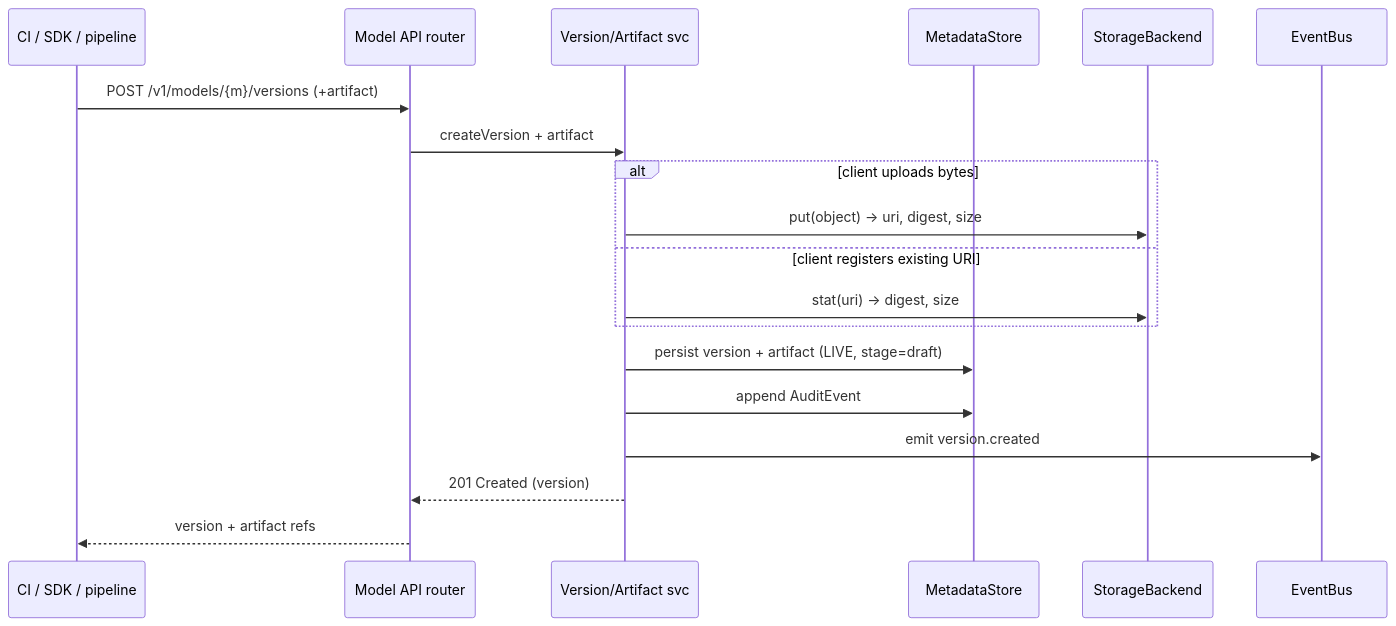
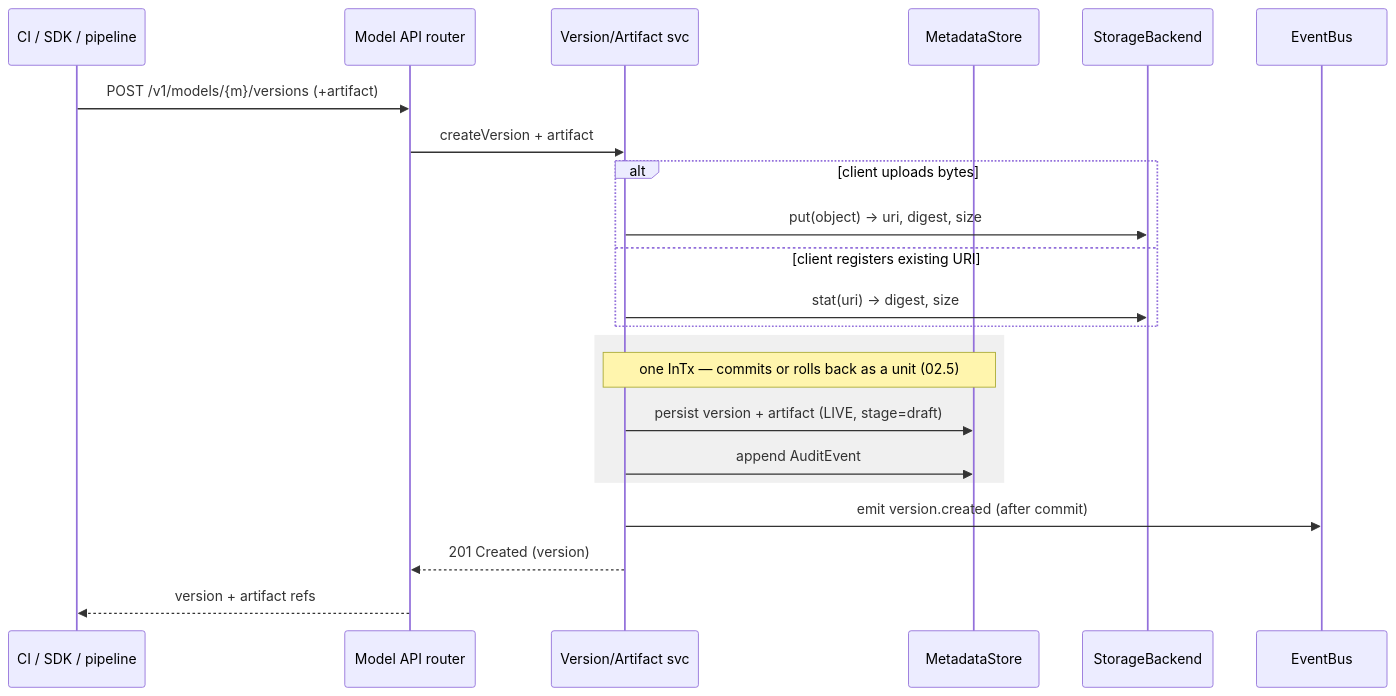
The second of 5 diagrams in docs/01-architecture-overview.md (proseria-research/lineage), drawn with Mermaid before and after one commit. The commit also changed other lines of this file and 5 other files, not shown here.

````diff
--- a/docs/01-architecture-overview.md
+++ b/docs/01-architecture-overview.md
@@ -102,22 +102,25 @@
 ```mermaid
 sequenceDiagram
     participant CI as CI / SDK / pipeline
     participant A as Model API router
     participant S as Version/Artifact svc
     participant DB as MetadataStore
     participant B as StorageBackend
     participant E as EventBus
 
     CI->>A: POST /v1/models/{m}/versions (+artifact)
     A->>S: createVersion + artifact
     alt client uploads bytes
         S->>B: put(object) → uri, digest, size
     else client registers existing URI
         S->>B: stat(uri) → digest, size
     end
-    S->>DB: persist version + artifact (LIVE, stage=draft)
-    S->>DB: append AuditEvent
-    S->>E: emit version.created
+    rect rgba(128, 128, 128, 0.12)
+        Note over S,DB: one InTx — commits or rolls back as a unit (02.5)
+        S->>DB: persist version + artifact (LIVE, stage=draft)
+        S->>DB: append AuditEvent
+    end
+    S->>E: emit version.created (after commit)
     S-->>A: 201 Created (version)
     A-->>CI: version + artifact refs
 ```
````
